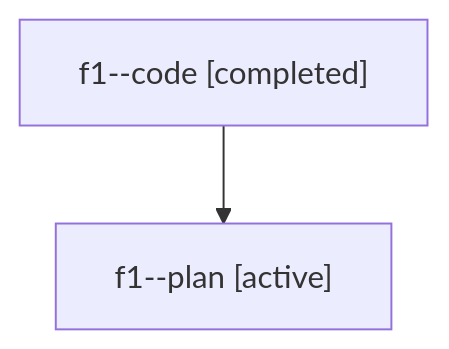
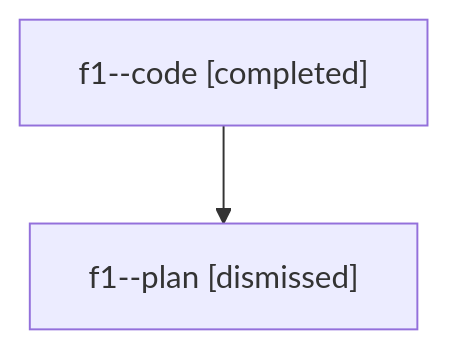
Before and after one commit to sase-org/sase--agents: the diagram in sessions/bbugyi200.athena.f1.md, drawn with Mermaid. The commit also changed other lines of this file and 30 other files, not shown here.

````diff
--- a/sessions/bbugyi200.athena.f1.md
+++ b/sessions/bbugyi200.athena.f1.md
@@ -9,6 +9,6 @@
 ```mermaid
 flowchart TD
   n0["f1--code [completed]"]
-  n1["f1--plan [active]"]
+  n1["f1--plan [dismissed]"]
   n0 --> n1
 ```
````
